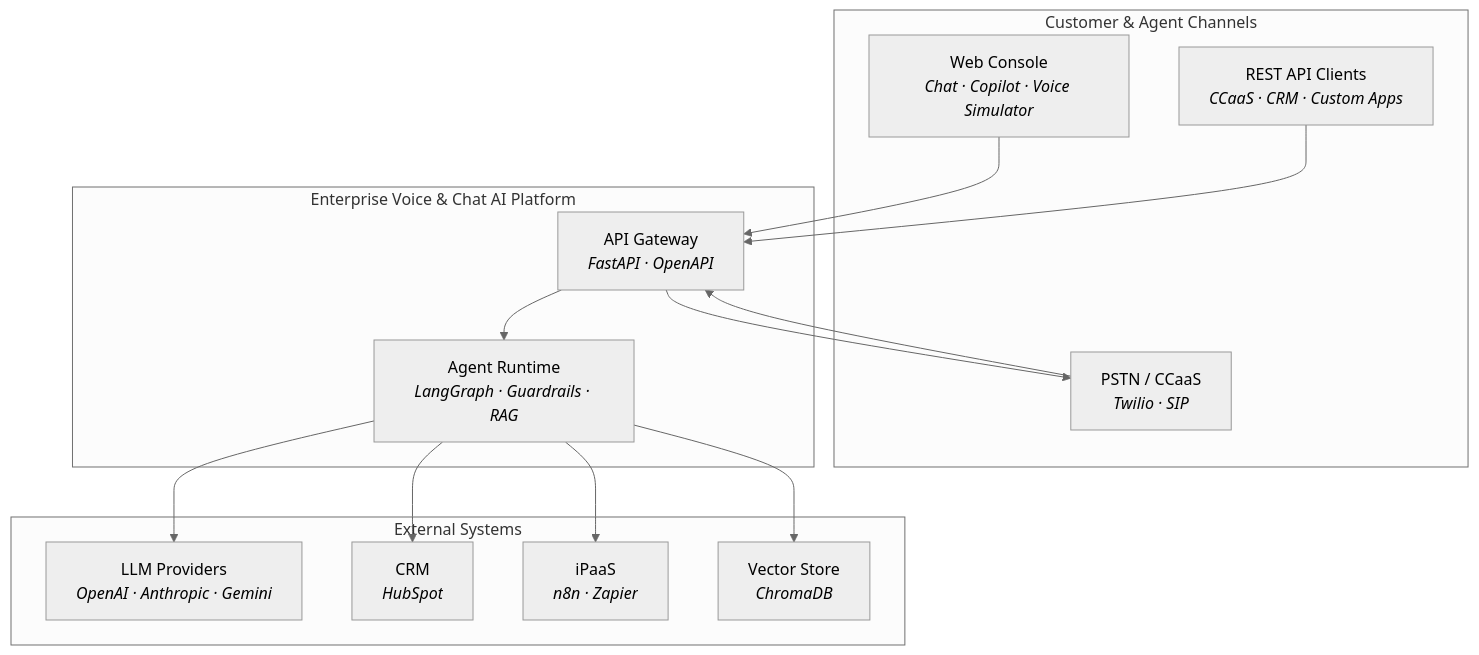
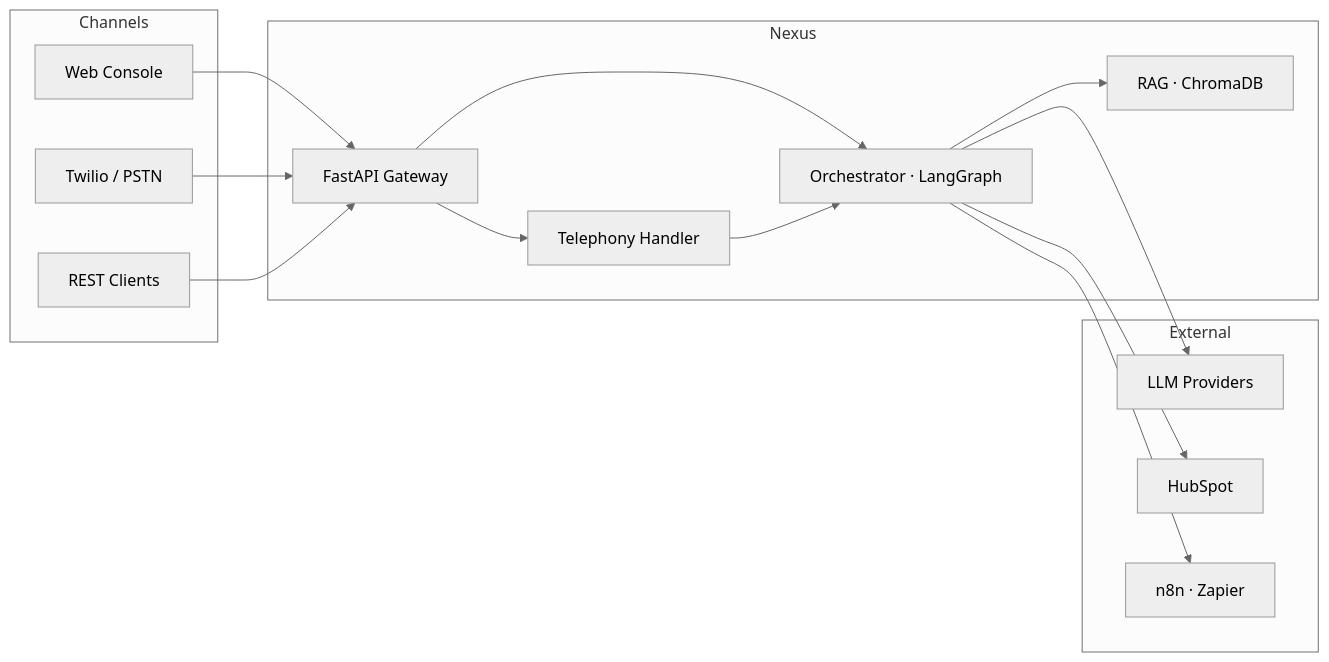
Before and after one commit to ShubhamRSY/nexus-ai-: the diagram in README.md, drawn with Mermaid (neutral theme). The commit also changed other lines of this file and 2 other files, not shown here.

First line of the commit message:
Fix Chroma relevance scoring and modernize README.

````diff
--- a/README.md
+++ b/README.md
@@ -60,30 +101,26 @@
 ```mermaid
-flowchart TB
-    subgraph Channels["Customer & Agent Channels"]
-        WEB["Web Console<br/><i>Chat · Copilot · Voice Simulator</i>"]
-        PSTN["PSTN / CCaaS<br/><i>Twilio · SIP</i>"]
-        API_CLIENT["REST API Clients<br/><i>CCaaS · CRM · Custom Apps</i>"]
+flowchart LR
+    subgraph Channels
+        UI[Web Console]
+        PSTN[Twilio / PSTN]
+        API[REST Clients]
     end
 
-    subgraph Platform["Enterprise Voice & Chat AI Platform"]
-        GW["API Gateway<br/><i>FastAPI · OpenAPI</i>"]
-        RT["Agent Runtime<br/><i>LangGraph · Guardrails · RAG</i>"]
+    subgraph Nexus
+        GW[FastAPI Gateway]
+        RT[Orchestrator · LangGraph]
+        RAG[RAG · ChromaDB]
+        TEL[Telephony Handler]
     end
 
-    subgraph External["External Systems"]
-        LLM["LLM Providers<br/><i>OpenAI · Anthropic · Gemini</i>"]
-        CRM["CRM<br/><i>HubSpot</i>"]
-        IPAAS["iPaaS<br/><i>n8n · Zapier</i>"]
-        VDB["Vector Store<br/><i>ChromaDB</i>"]
+    subgraph External
+        LLM[LLM Providers]
+        CRM[HubSpot]
+        IPAAS[n8n · Zapier]
     end
 
-    WEB --> GW
-    PSTN --> GW
-    API_CLIENT --> GW
-    GW --> RT
-    RT --> LLM
-    RT --> VDB
-    RT --> CRM
-    RT --> IPAAS
-    GW --> PSTN
+    UI & PSTN & API --> GW
+    GW --> RT & TEL
+    RT --> RAG & LLM & CRM & IPAAS
+    TEL --> RT
 ```
````
